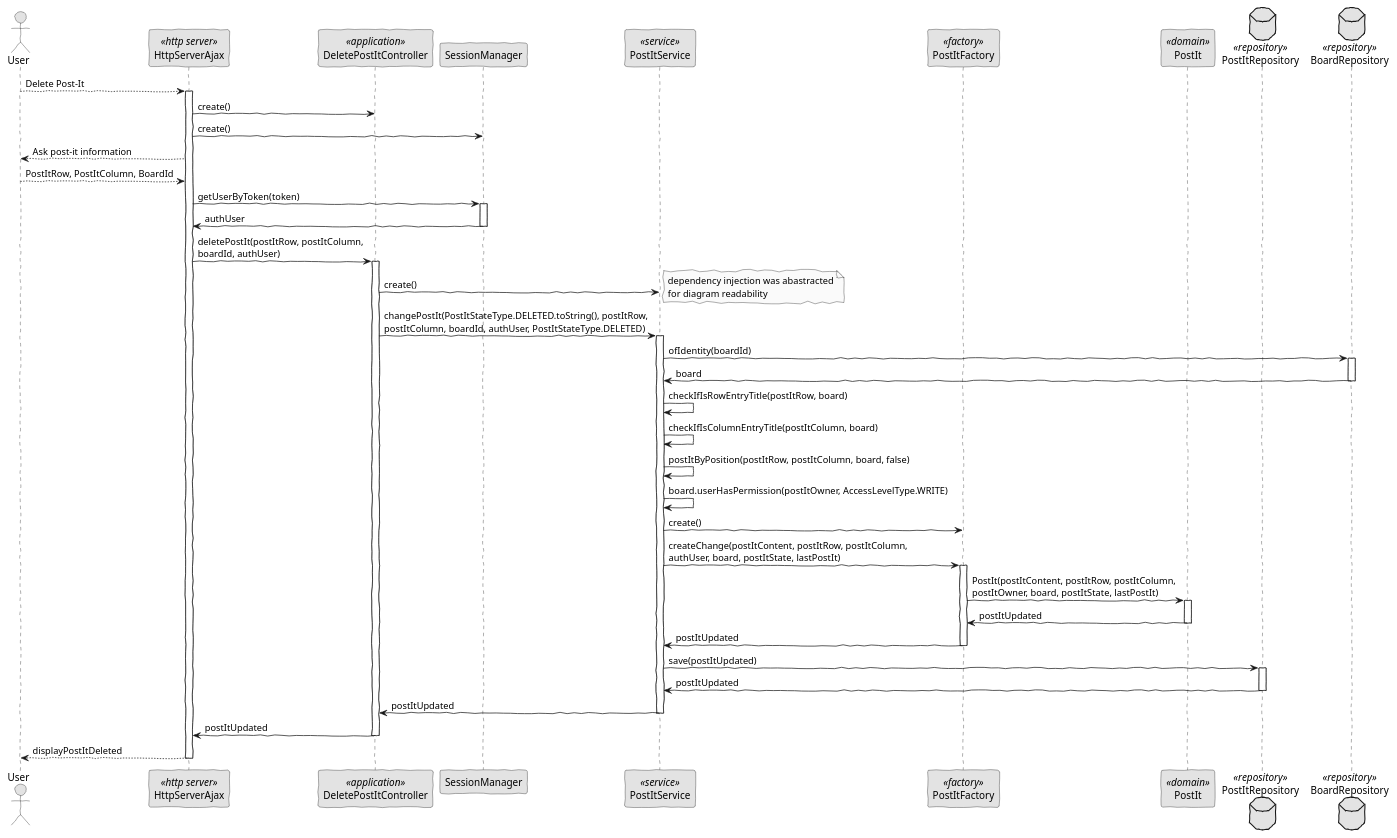
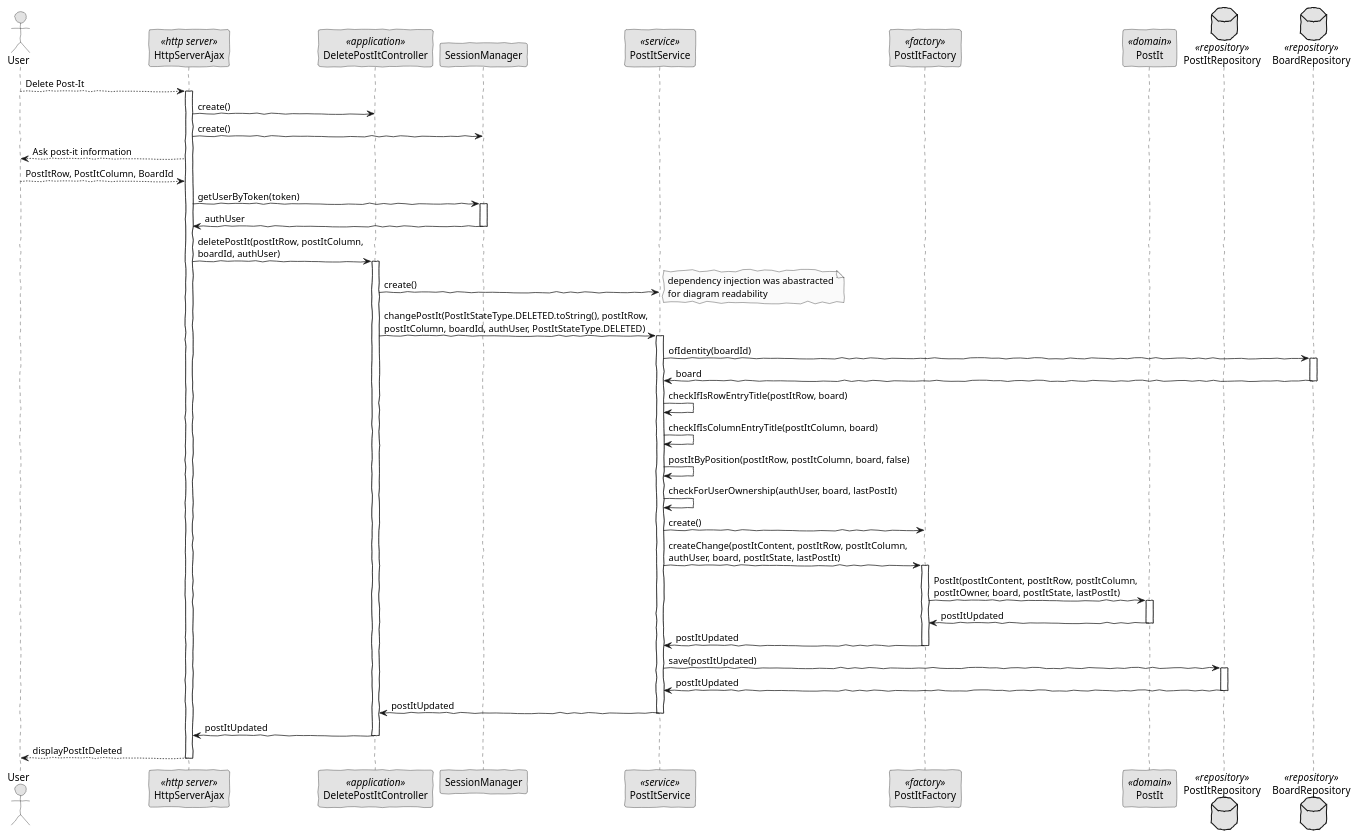
The diagram in docs/SPRINT C/US_3007/SD/DeletePostIt-SD.puml (brunacosta03/sem4pi_22_23), drawn with PlantUML before and after one commit. The commit also changed 13 other files, not shown here.

```diff
--- a/docs/SPRINT C/US_3007/SD/DeletePostIt-SD.puml
+++ b/docs/SPRINT C/US_3007/SD/DeletePostIt-SD.puml
@@ -1,80 +1,80 @@
 @startuml
 'http://plantuml.com/skinparam.html
 skinparam handwritten true
 skinparam monochrome true
 skinparam packageStyle rect
 skinparam defaultFontName FG Virgil
 skinparam shadowing false
 
 actor User as Actor
 participant HttpServerAjax as Server <<http server>>
 participant DeletePostItController as Controller <<application>>
 participant SessionManager as SM
 participant PostItService as Service <<service>>
 participant PostItFactory as PFactory <<factory>>
 participant PostIt as Domain <<domain>>
 database PostItRepository as Repository <<repository>>
 database BoardRepository as RepositoryB <<repository>>
 
 
 Actor --> Server: Delete Post-It
 activate Server
     Server -> Controller: create()
     Server -> SM: create()
 
     Server --> Actor: Ask post-it information
     Actor --> Server: PostItRow, PostItColumn, BoardId
 
 
     Server -> SM: getUserByToken(token)
     activate SM
     SM -> Server: authUser
     deactivate SM
         
     Server -> Controller: deletePostIt(postItRow, postItColumn,\nboardId, authUser)
     activate Controller
 
 
     Controller -> Service: create()
     note right: dependency injection was abastracted\nfor diagram readability
 
     Controller -> Service: changePostIt(PostItStateType.DELETED.toString(), postItRow,\npostItColumn, boardId, authUser, PostItStateType.DELETED)
     activate Service
 
         Service -> RepositoryB: ofIdentity(boardId)
         activate RepositoryB
         RepositoryB -> Service: board
         deactivate RepositoryB
 
         Service -> Service: checkIfIsRowEntryTitle(postItRow, board)
         Service -> Service: checkIfIsColumnEntryTitle(postItColumn, board)
         Service -> Service: postItByPosition(postItRow, postItColumn, board, false)
-        Service -> Service: board.userHasPermission(postItOwner, AccessLevelType.WRITE)
+        Service -> Service: checkForUserOwnership(authUser, board, lastPostIt)
 
 
         Service -> PFactory: create()
         Service -> PFactory: createChange(postItContent, postItRow, postItColumn,\nauthUser, board, postItState, lastPostIt)
         activate PFactory
 
         PFactory -> Domain: PostIt(postItContent, postItRow, postItColumn,\npostItOwner, board, postItState, lastPostIt)
         activate Domain
             Domain -> PFactory: postItUpdated
         deactivate Domain
             PFactory -> Service: postItUpdated
         deactivate PFactory
 
 
         Service -> Repository: save(postItUpdated)
         activate Repository
         Repository -> Service: postItUpdated
         deactivate Repository
 
         Service -> Controller: postItUpdated
         deactivate Service
         Controller -> Server: postItUpdated
         deactivate Controller
 
         Server --> Actor: displayPostItDeleted
 
 deactivate Server
 @enduml
```
